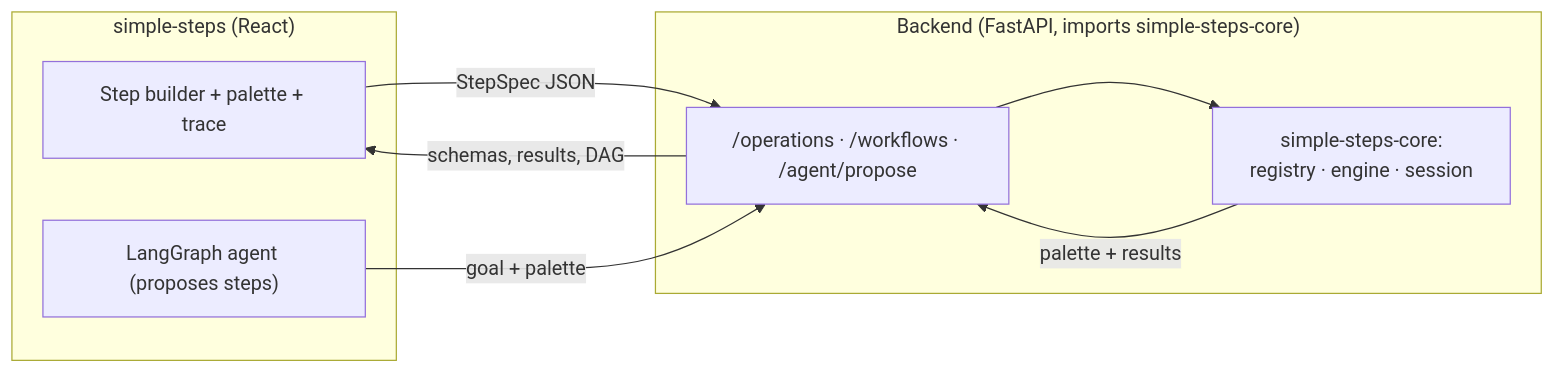
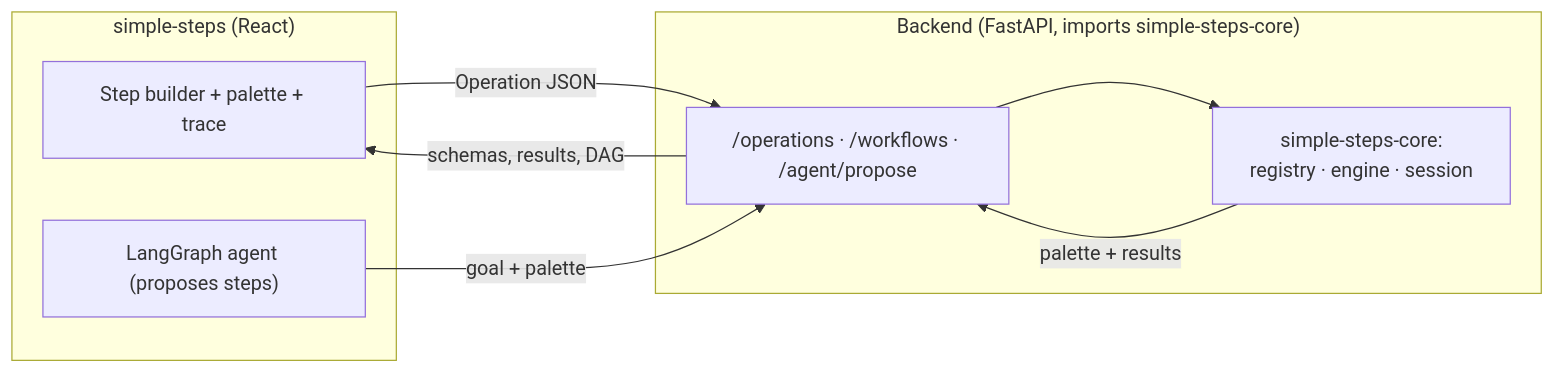
Before and after one commit to stusynakowski/simple-steps-core: the first of 2 diagrams in docs/simple-steps-integration.md, drawn with Mermaid. The commit also changed other lines of this file and 47 other files, not shown here.

````diff
--- a/docs/simple-steps-integration.md
+++ b/docs/simple-steps-integration.md
@@ -15,16 +15,16 @@
 ```mermaid
 flowchart LR
     subgraph FE["simple-steps (React)"]
         UI["Step builder + palette + trace"]
         AG["LangGraph agent (proposes steps)"]
     end
     subgraph BE["Backend (FastAPI, imports simple-steps-core)"]
         API["/operations · /workflows · /agent/propose"]
         CORE["simple-steps-core:\nregistry · engine · session"]
     end
-    UI -->|StepSpec JSON| API
+    UI -->|Operation JSON| API
     AG -->|goal + palette| API
     API --> CORE
     CORE -->|palette + results| API
     API -->|schemas, results, DAG| UI
 ```
````
